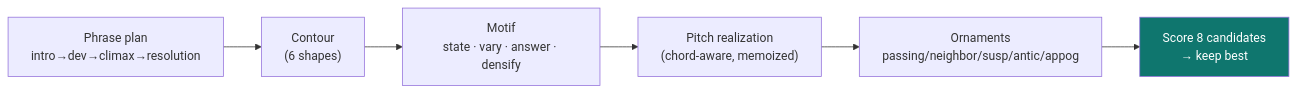
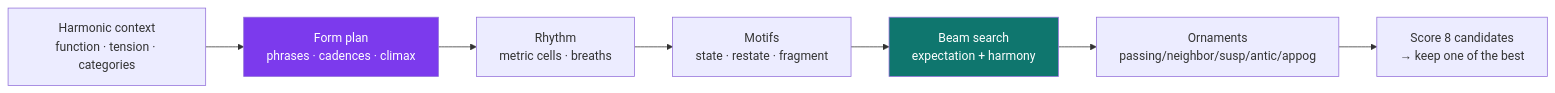
One commit to TGALLOWAY1/Harmonia changed the fifth of 7 diagrams in README.md. Above: the diagram before and after it, drawn with Mermaid. The commit also changed other lines of this file and 18 other files, not shown here.

````diff
--- a/README.md
+++ b/README.md
@@ -402,9 +402,11 @@
 ```mermaid
 flowchart LR
-    PP["Phrase plan<br/>intro→dev→climax→resolution"] --> CT["Contour<br/>(6 shapes)"]
-    CT --> MO["Motif<br/>state · vary · answer · densify"]
-    MO --> RP["Pitch realization<br/>(chord-aware, memoized)"]
-    RP --> OR["Ornaments<br/>passing/neighbor/susp/antic/appog"]
-    OR --> SC["Score 8 candidates<br/>→ keep best"]
-    style SC fill:#0f766e,color:#fff
+    HC["Harmonic context<br/>function · tension · categories"] --> FP["Form plan<br/>phrases · cadences · climax"]
+    FP --> RH["Rhythm<br/>metric cells · breaths"]
+    RH --> MO["Motifs<br/>state · restate · fragment"]
+    MO --> BS["Beam search<br/>expectation + harmony"]
+    BS --> OR["Ornaments<br/>passing/neighbor/susp/antic/appog"]
+    OR --> SC["Score 8 candidates<br/>→ keep one of the best"]
+    style FP fill:#7c3aed,color:#fff
+    style BS fill:#0f766e,color:#fff
 ```
````
